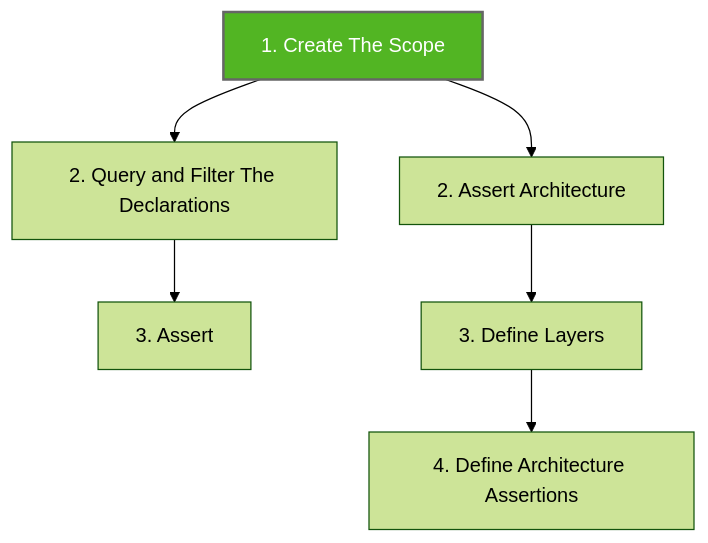
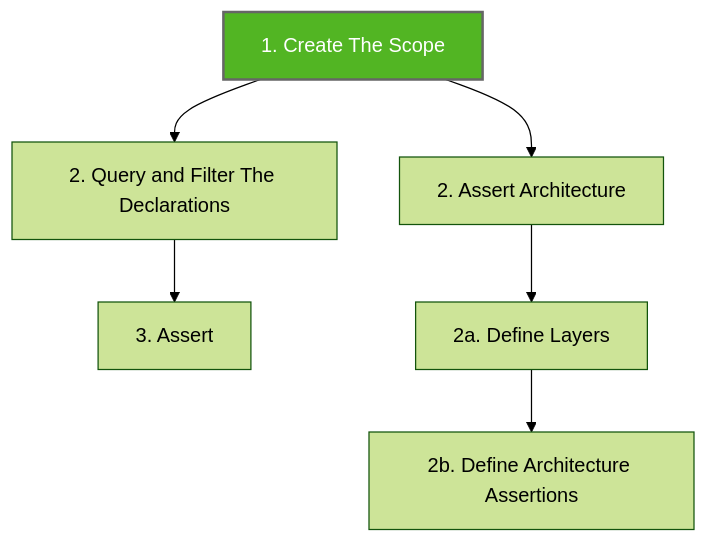
One commit to LemonAppDev/konsist-documentation changed the first of 2 diagrams in getting-started/gettingstarted.md. Above: the diagram before and after it, drawn with Mermaid. The commit also changed 11 other files, not shown here.

````diff
--- a/getting-started/gettingstarted.md
+++ b/getting-started/gettingstarted.md
@@ -76,12 +76,12 @@
 ```mermaid
 %%{init: {'theme':'forest'}}%%
 flowchart TB
     Step1["1. Create The Scope"]-->StepD2
     Step1["1. Create The Scope"]-->StepA2
     StepD2["2. Query and Filter The Declarations"]-->StepD3
     StepD3["3. Assert"]
     StepA2["2. Assert Architecture"]-->StepA3
-    StepA3["3. Define Layers"]-->StepA4
-    StepA4["4. Define Architecture Assertions"]
+    StepA3["2a. Define Layers"]-->StepA4
+    StepA4["2b. Define Architecture Assertions"]
     style Step1 fill:#52B523,stroke:#666,stroke-width:2px,color:#fff
 ```
````
